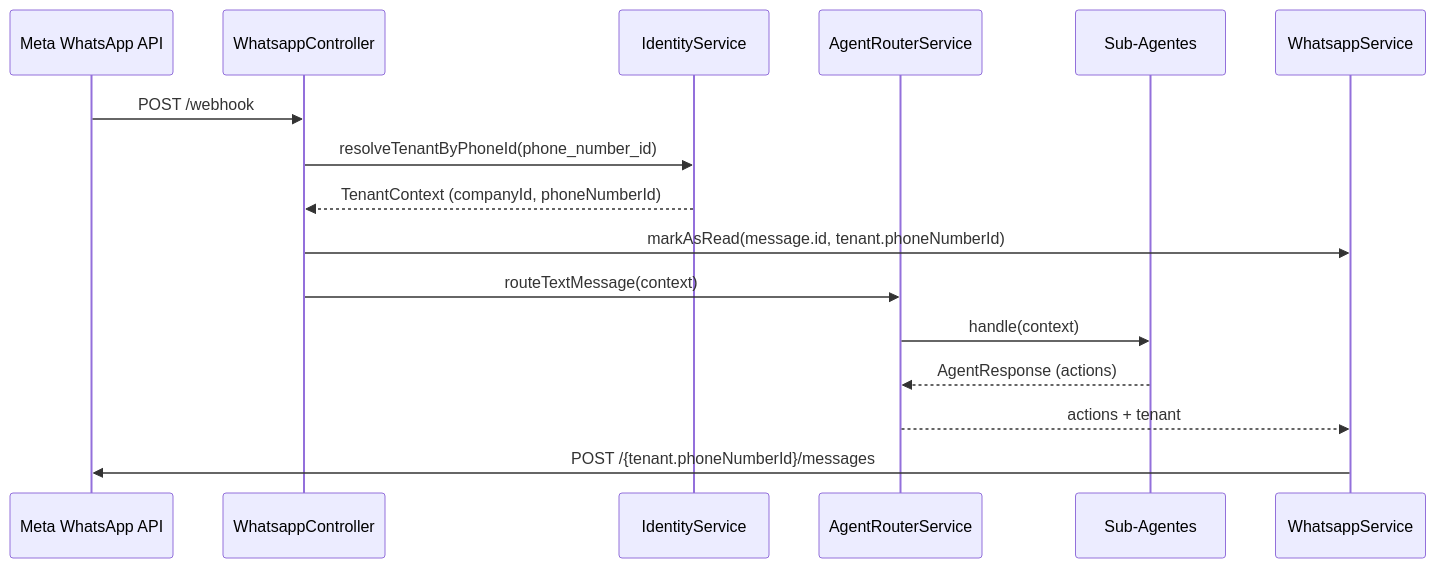
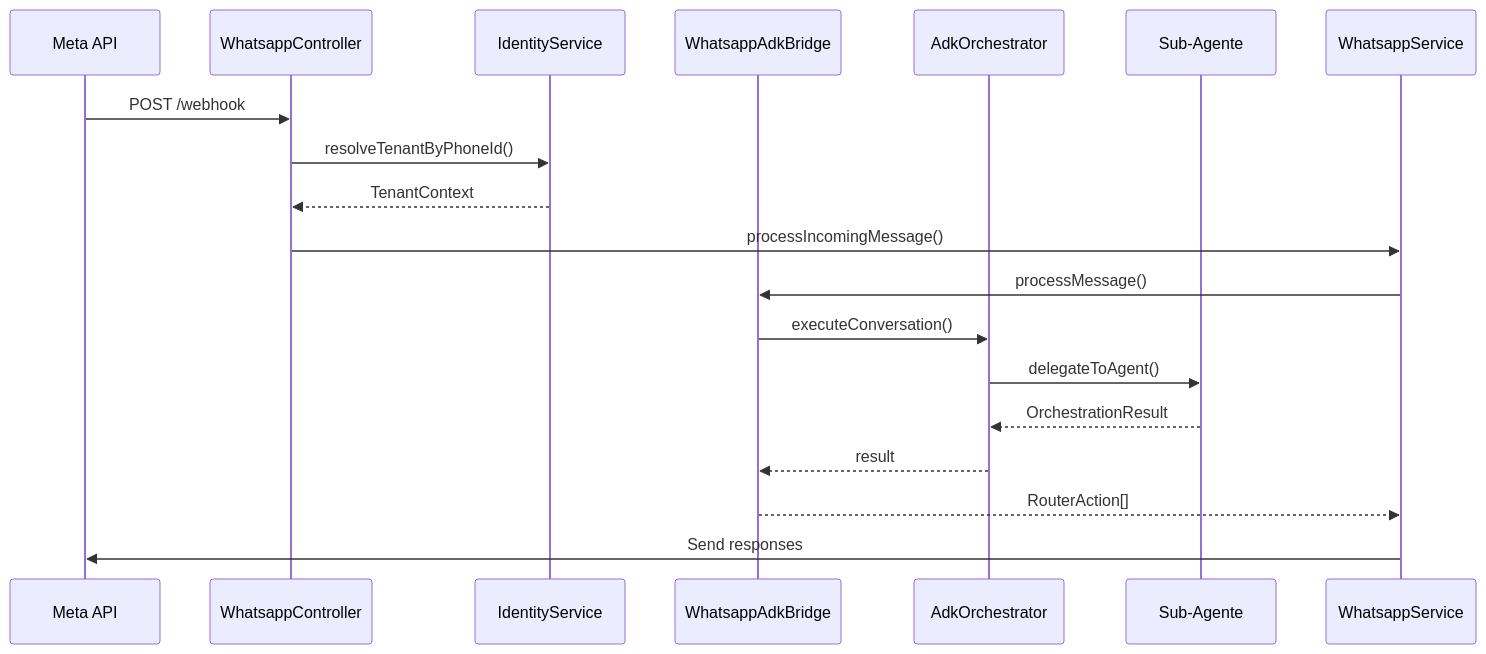
Before and after one commit to Optus-development-team/optus-agentBE: the first of 4 diagrams in .github/docs/PROGRAM_FLOWS.md, drawn with Mermaid. The commit also changed other lines of this file and 3 other files, not shown here.

First line of the commit message:
Enhance documentation for multi-tenant backend structure and program flows

````diff
--- a/.github/docs/PROGRAM_FLOWS.md
+++ b/.github/docs/PROGRAM_FLOWS.md
@@ -7,19 +9,22 @@
 ```mermaid
 sequenceDiagram
-  participant WA as Meta WhatsApp API
-  participant Webhook as WhatsappController
+  participant WA as Meta API
+  participant Ctrl as WhatsappController
   participant Identity as IdentityService
-  participant Router as AgentRouterService
-  participant Agent as Sub-Agentes
-  participant Meta as WhatsappService
+  participant Bridge as WhatsappAdkBridge
+  participant Orch as AdkOrchestrator
+  participant Sub as Sub-Agente
+  participant WS as WhatsappService
 
-  WA->>Webhook: POST /webhook
-  Webhook->>Identity: resolveTenantByPhoneId(phone_number_id)
-  Identity-->>Webhook: TenantContext (companyId, phoneNumberId)
-  Webhook->>Meta: markAsRead(message.id, tenant.phoneNumberId)
-  Webhook->>Router: routeTextMessage(context)
-  Router->>Agent: handle(context)
-  Agent-->>Router: AgentResponse (actions)
-  Router-->>Meta: actions + tenant
-  Meta->>WA: POST /{tenant.phoneNumberId}/messages
+  WA->>Ctrl: POST /webhook
+  Ctrl->>Identity: resolveTenantByPhoneId()
+  Identity-->>Ctrl: TenantContext
+  Ctrl->>WS: processIncomingMessage()
+  WS->>Bridge: processMessage()
+  Bridge->>Orch: executeConversation()
+  Orch->>Sub: delegateToAgent()
+  Sub-->>Orch: OrchestrationResult
+  Orch-->>Bridge: result
+  Bridge-->>WS: RouterAction[]
+  WS->>WA: Send responses
 ```
````
